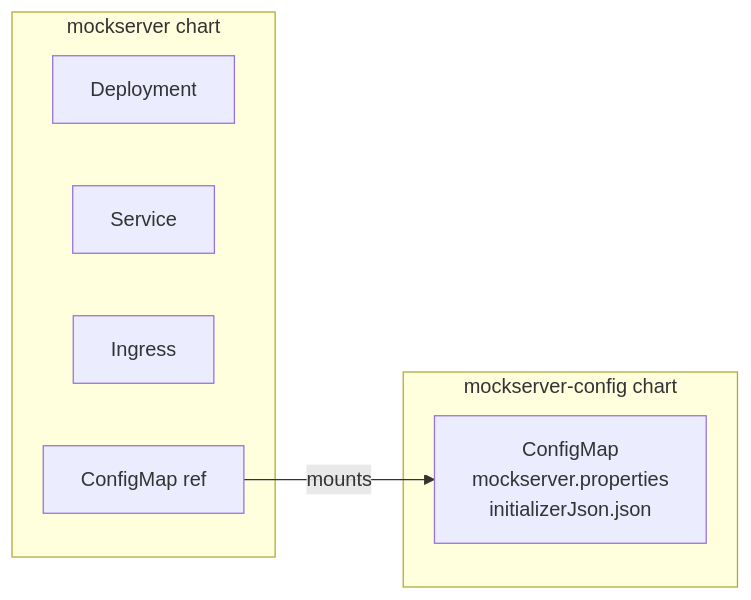
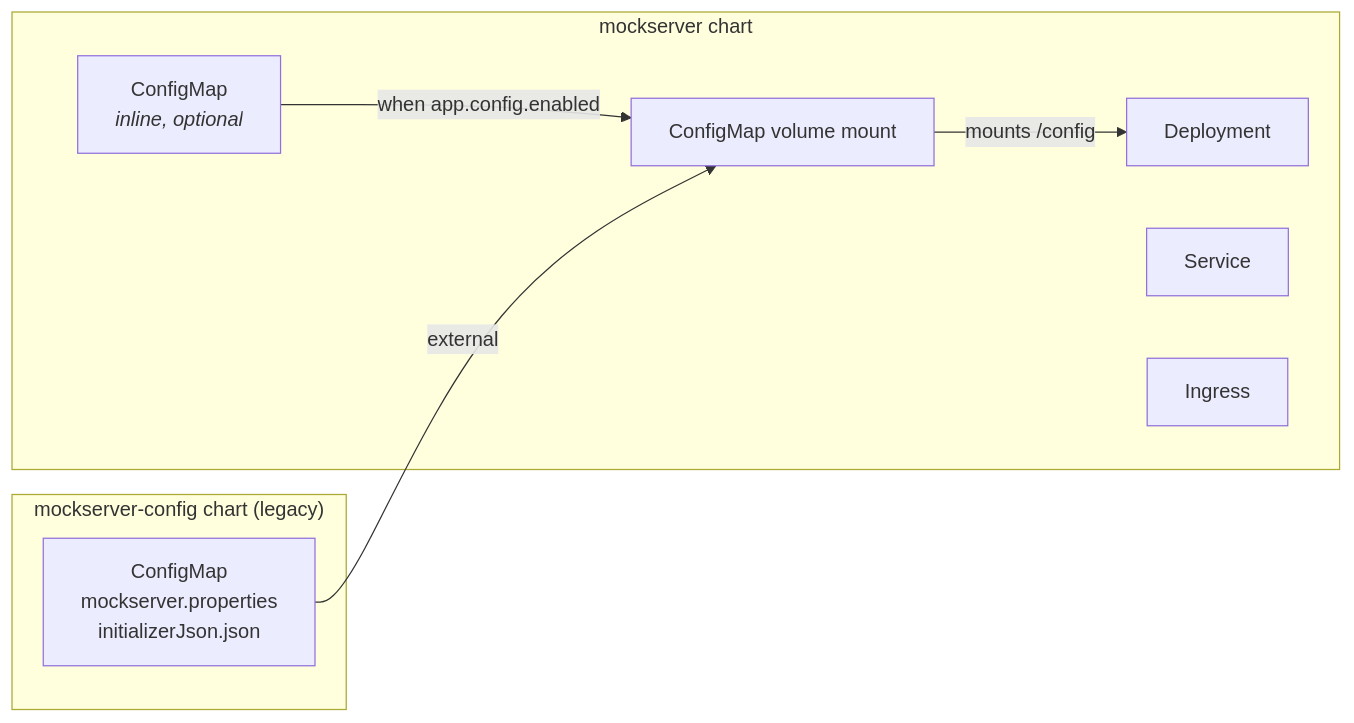
One commit to mock-server/mockserver changed the first of 3 diagrams in docs/infrastructure/helm.md. Above: the diagram before and after it, drawn with Mermaid. The commit also changed other lines of this file and 6 other files, not shown here.

First line of the commit message:
Add inline ConfigMap support to Helm chart (fixes #1272)

````diff
--- a/docs/infrastructure/helm.md
+++ b/docs/infrastructure/helm.md
@@ -7,15 +7,18 @@
 ```mermaid
 graph LR
     subgraph "mockserver chart"
         DEP[Deployment]
         SVC[Service]
         ING[Ingress]
-        CM_REF[ConfigMap ref]
+        CM_INLINE[ConfigMap<br/><i>inline, optional</i>]
+        CM_REF[ConfigMap volume mount]
     end
 
-    subgraph "mockserver-config chart"
-        CM[ConfigMap<br/>mockserver.properties<br/>initializerJson.json]
+    subgraph "mockserver-config chart (legacy)"
+        CM_EXT[ConfigMap<br/>mockserver.properties<br/>initializerJson.json]
     end
 
-    CM_REF -->|mounts| CM
+    CM_INLINE -->|when app.config.enabled| CM_REF
+    CM_EXT -->|external| CM_REF
+    CM_REF -->|mounts /config| DEP
 ```
````
